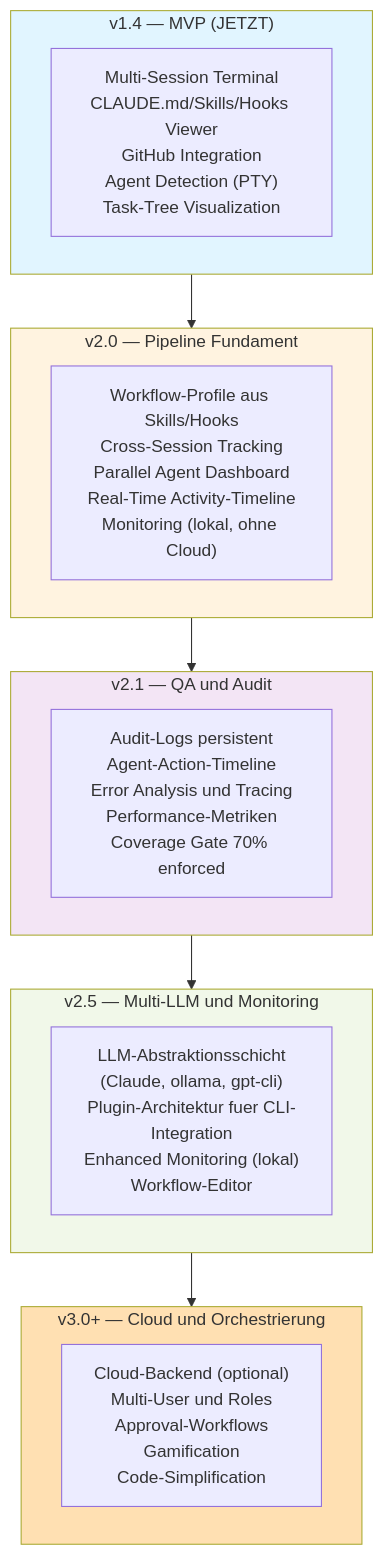
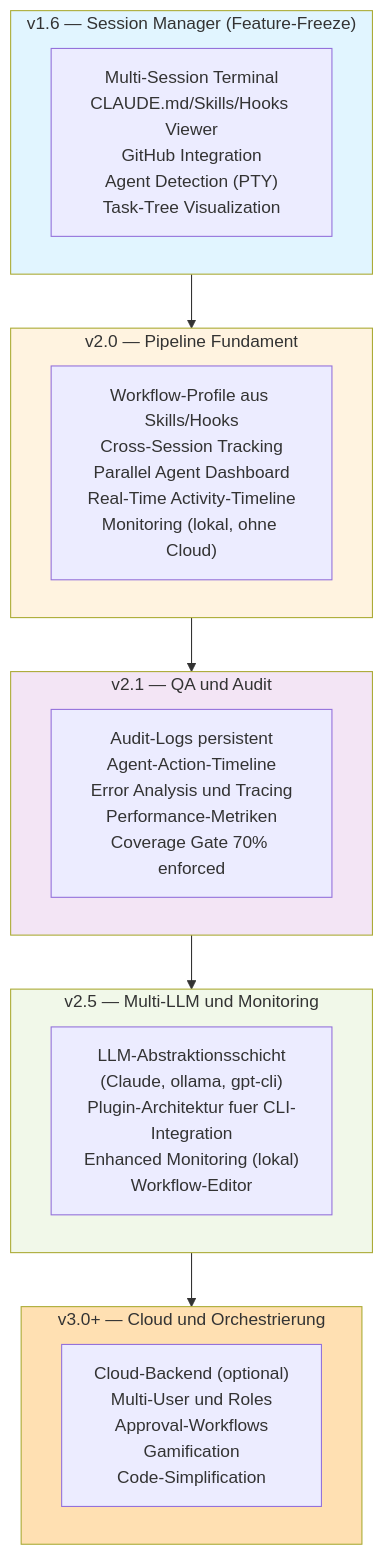
Before and after one commit to hossoOG/agentic-dashboard: the fifth of 24 diagrams in Softwareprozess/arc42-specification.md, drawn with Mermaid. The commit also changed other lines of this file and 2 other files, not shown here.

First line of the commit message:
chore: Session Manager Feature-Freeze dokumentieren (#162)

````diff
--- a/Softwareprozess/arc42-specification.md
+++ b/Softwareprozess/arc42-specification.md
@@ -226,33 +228,33 @@
 ```mermaid
 graph TD
-    subgraph v1["v1.4 — MVP (JETZT)"]
+    subgraph v1["v1.6 — Session Manager (Feature-Freeze)"]
         A["Multi-Session Terminal<br/>CLAUDE.md/Skills/Hooks Viewer<br/>GitHub Integration<br/>Agent Detection (PTY)<br/>Task-Tree Visualization"]
     end
 
     subgraph v2_0["v2.0 — Pipeline Fundament"]
         B["Workflow-Profile aus Skills/Hooks<br/>Cross-Session Tracking<br/>Parallel Agent Dashboard<br/>Real-Time Activity-Timeline<br/>Monitoring (lokal, ohne Cloud)"]
     end
 
     subgraph v2_1["v2.1 — QA und Audit"]
         C["Audit-Logs persistent<br/>Agent-Action-Timeline<br/>Error Analysis und Tracing<br/>Performance-Metriken<br/>Coverage Gate 70% enforced"]
     end
 
     subgraph v2_5["v2.5 — Multi-LLM und Monitoring"]
         D["LLM-Abstraktionsschicht<br/>(Claude, ollama, gpt-cli)<br/>Plugin-Architektur fuer CLI-Integration<br/>Enhanced Monitoring (lokal)<br/>Workflow-Editor"]
     end
 
     subgraph v3_0["v3.0+ — Cloud und Orchestrierung"]
         E["Cloud-Backend (optional)<br/>Multi-User und Roles<br/>Approval-Workflows<br/>Gamification<br/>Code-Simplification"]
     end
 
     v1 --> v2_0
     v2_0 --> v2_1
     v2_1 --> v2_5
     v2_5 --> v3_0
 
     style v1 fill:#e1f5ff
     style v2_0 fill:#fff3e0
     style v2_1 fill:#f3e5f5
     style v2_5 fill:#f1f8e9
     style v3_0 fill:#ffe0b2
 ```
````
